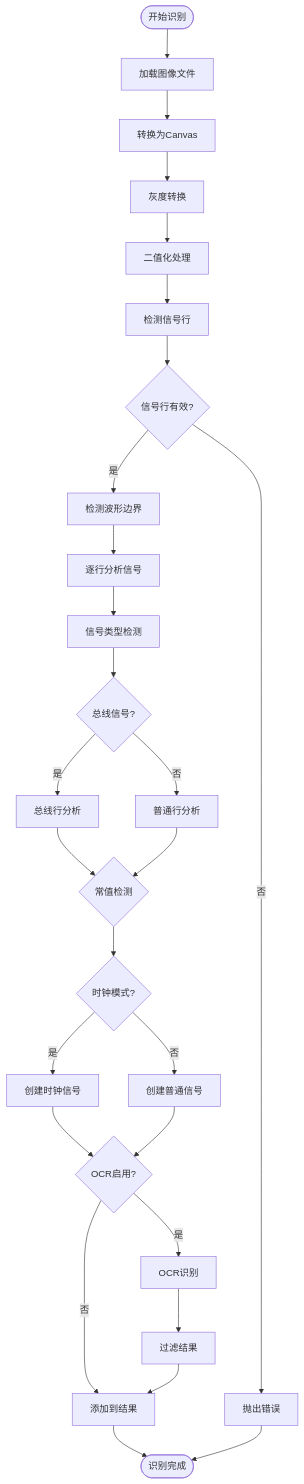
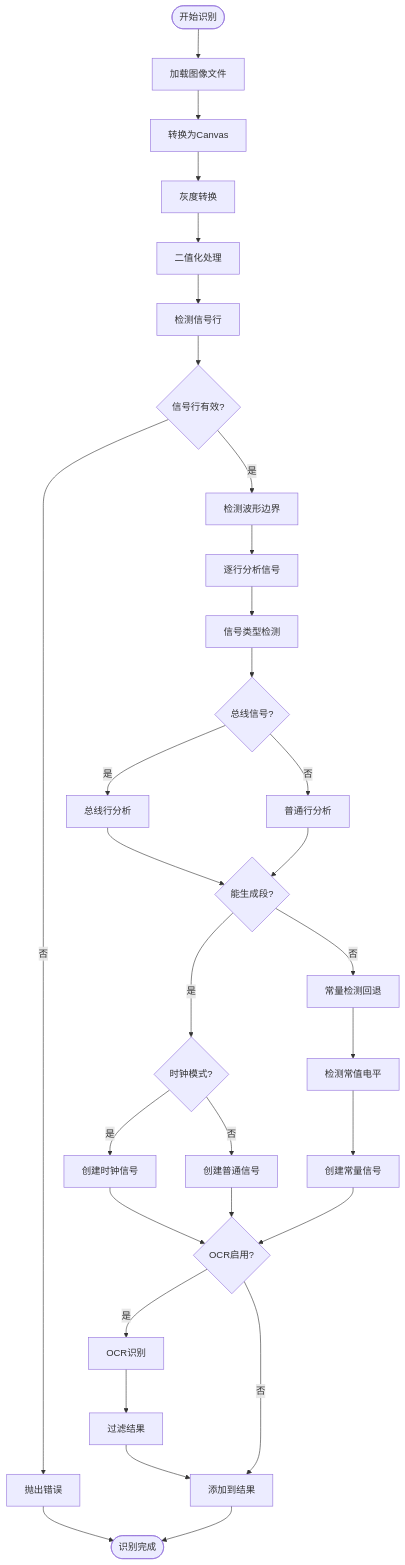
One commit to nht123456/waveform-editor changed the third of 6 diagrams in .qoder/repowiki/zh/content/输入输出与存储/图像识别系统.md. Above: the diagram before and after it, drawn with Mermaid. The commit also changed other lines of this file and 5 other files, not shown here.

````diff
--- a/.qoder/repowiki/zh/content/输入输出与存储/图像识别系统.md
+++ b/.qoder/repowiki/zh/content/输入输出与存储/图像识别系统.md
@@ -231,29 +243,33 @@
 ```mermaid
 flowchart TD
 Start([开始识别]) --> LoadImage[加载图像文件]
 LoadImage --> ConvertCanvas[转换为Canvas]
 ConvertCanvas --> GrayScale[灰度转换]
 GrayScale --> Binary[二值化处理]
 Binary --> DetectLanes[检测信号行]
 DetectLanes --> CheckLanes{信号行有效?}
 CheckLanes --> |否| Error[抛出错误]
 CheckLanes --> |是| DetectBounds[检测波形边界]
 DetectBounds --> AnalyzeSignals[逐行分析信号]
 AnalyzeSignals --> TypeDetection[信号类型检测]
 TypeDetection --> BusAnalysis{总线信号?}
 BusAnalysis --> |是| BusLane[总线行分析]
 BusAnalysis --> |否| NormalLane[普通行分析]
-BusLane --> ConstantCheck{常值检测}
-NormalLane --> ConstantCheck
-ConstantCheck --> ClockPattern{时钟模式?}
+BusLane --> SegmentCheck{能生成段?}
+NormalLane --> SegmentCheck
+SegmentCheck --> |是| ClockPattern{时钟模式?}
+SegmentCheck --> |否| ConstantFallback[常量检测回退]
+ConstantFallback --> ConstantLevel[检测常值电平]
+ConstantLevel --> CreateConstantSignal[创建常量信号]
 ClockPattern --> |是| CreateClock[创建时钟信号]
 ClockPattern --> |否| CreateNormal[创建普通信号]
 CreateClock --> OCRCheck{OCR启用?}
+CreateConstantSignal --> OCRCheck
 CreateNormal --> OCRCheck
 OCRCheck --> |是| OCRProcess[OCR识别]
 OCRCheck --> |否| AddToResults[添加到结果]
 OCRProcess --> FilterResults[过滤结果]
 FilterResults --> AddToResults
 AddToResults --> End([识别完成])
 Error --> End
 ```
````
